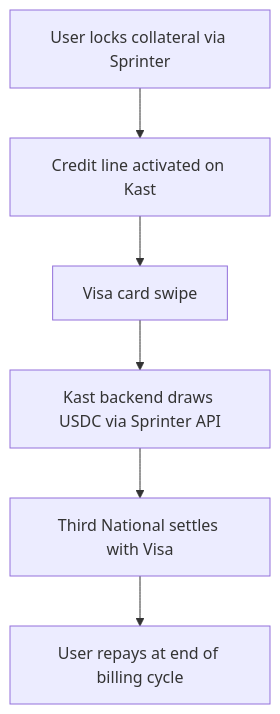
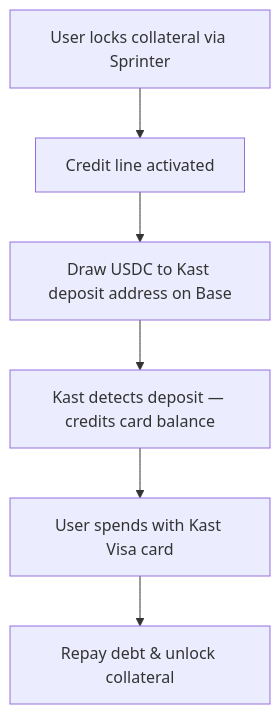
One commit to sprintertech/sprinter-sdk changed the diagram in quickstart/kast-card.mdx. Above: the diagram before and after it, drawn with Mermaid. The commit also changed other lines of this file, not shown here.

First line of the commit message:
Add Kast.xyz integration pages (hidden from nav)

````diff
--- a/quickstart/kast-card.mdx
+++ b/quickstart/kast-card.mdx
@@ -11,8 +22,8 @@
 ```mermaid
 flowchart TD
-  A[User locks collateral via Sprinter] --> B[Credit line activated on Kast]
-  B --> C[Visa card swipe]
-  C --> D[Kast backend draws USDC via Sprinter API]
-  D --> E[Third National settles with Visa]
-  E --> F[User repays at end of billing cycle]
+  A[User locks collateral via Sprinter] --> B[Credit line activated]
+  B --> C[Draw USDC to Kast deposit address on Base]
+  C --> D[Kast detects deposit — credits card balance]
+  D --> E[User spends with Kast Visa card]
+  E --> F[Repay debt & unlock collateral]
 ```
````
